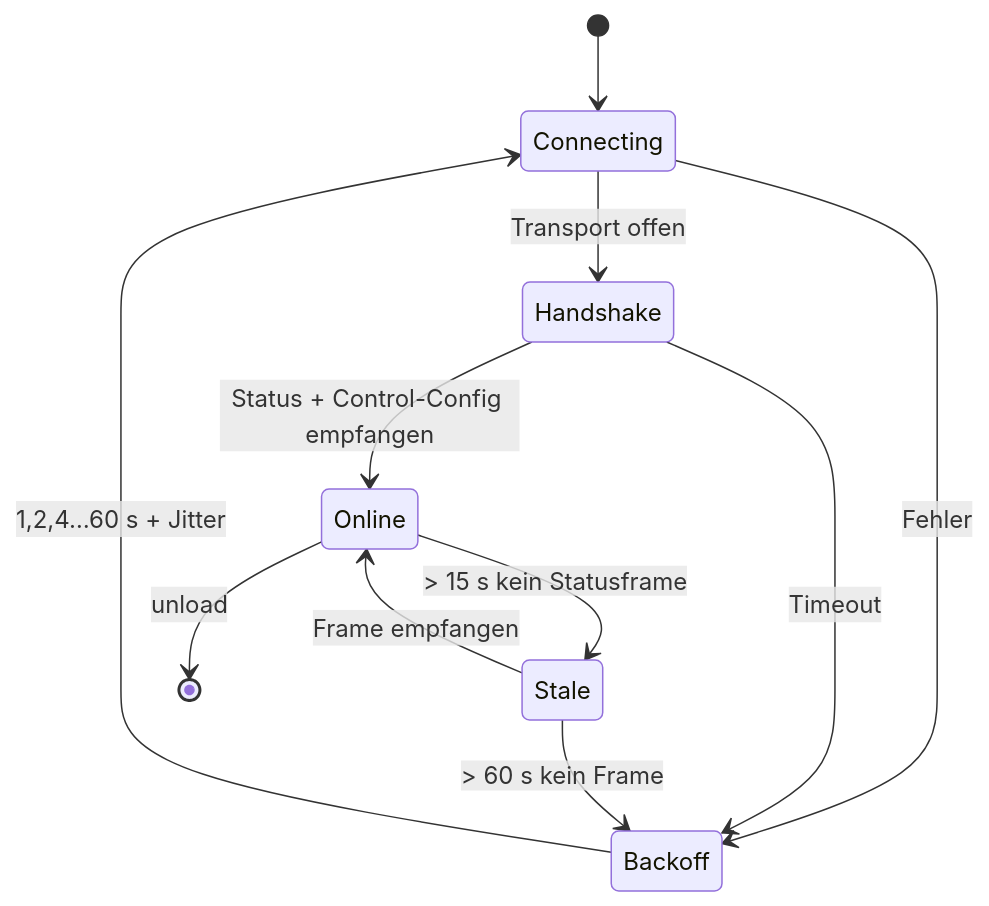
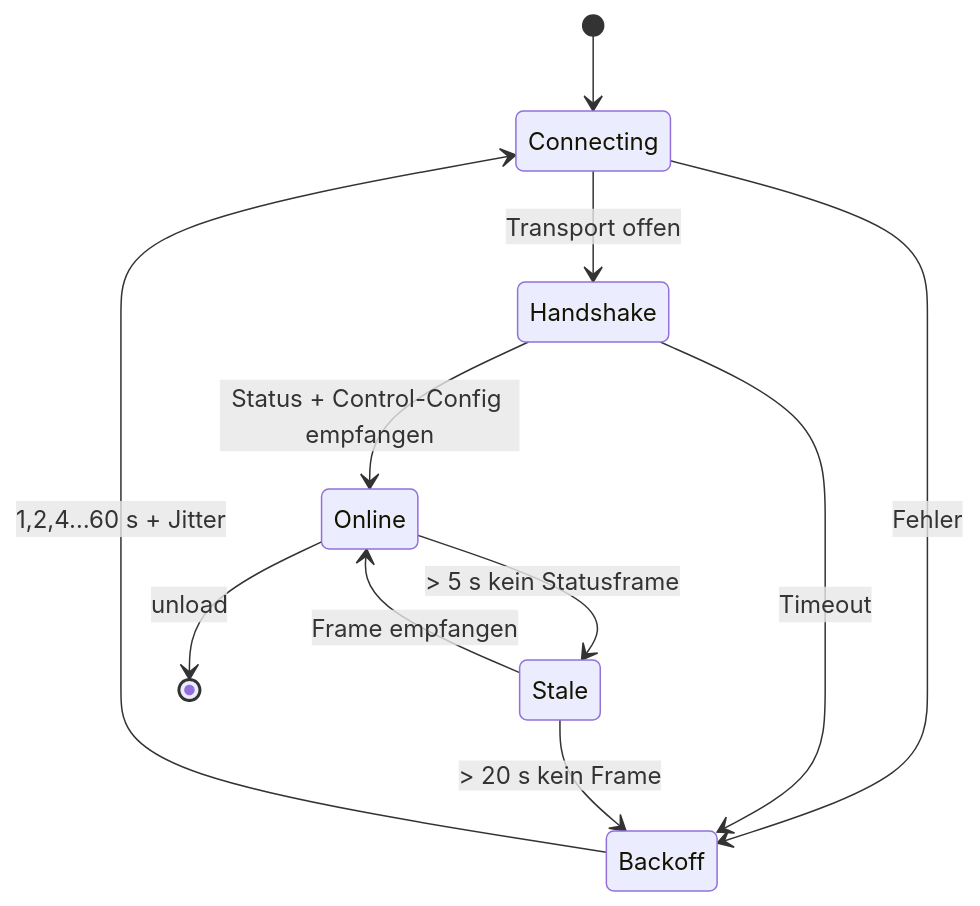
One commit to erazorlll/SPAcentral-for-balboa changed the diagram in docs/02-architektur.md. Above: the diagram before and after it, drawn with Mermaid. The commit also changed other lines of this file and 9 other files, not shown here.

````diff
--- a/docs/02-architektur.md
+++ b/docs/02-architektur.md
@@ -100,13 +101,13 @@
 ```mermaid
 stateDiagram-v2
     [*] --> Connecting
     Connecting --> Handshake: Transport offen
     Connecting --> Backoff: Fehler
     Handshake --> Online: Status + Control-Config empfangen
     Handshake --> Backoff: Timeout
-    Online --> Stale: > 15 s kein Statusframe
+    Online --> Stale: > 5 s kein Statusframe
     Stale --> Online: Frame empfangen
-    Stale --> Backoff: > 60 s kein Frame
+    Stale --> Backoff: > 20 s kein Frame
     Backoff --> Connecting: 1,2,4…60 s + Jitter
     Online --> [*]: unload
 ```
````
